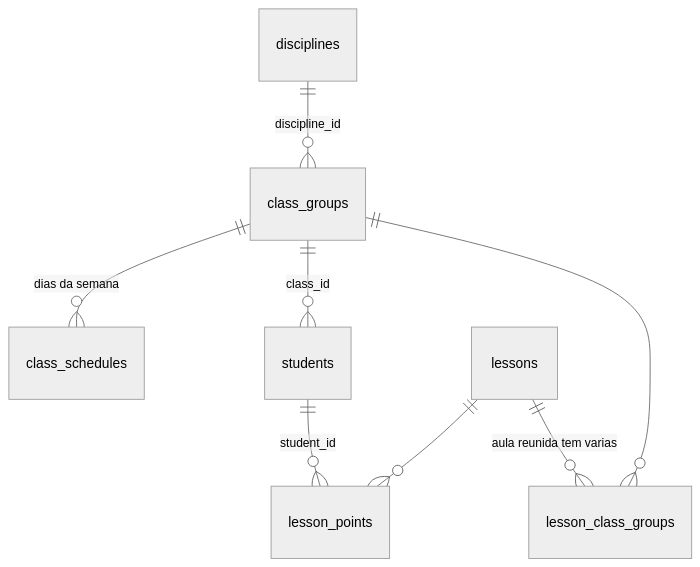
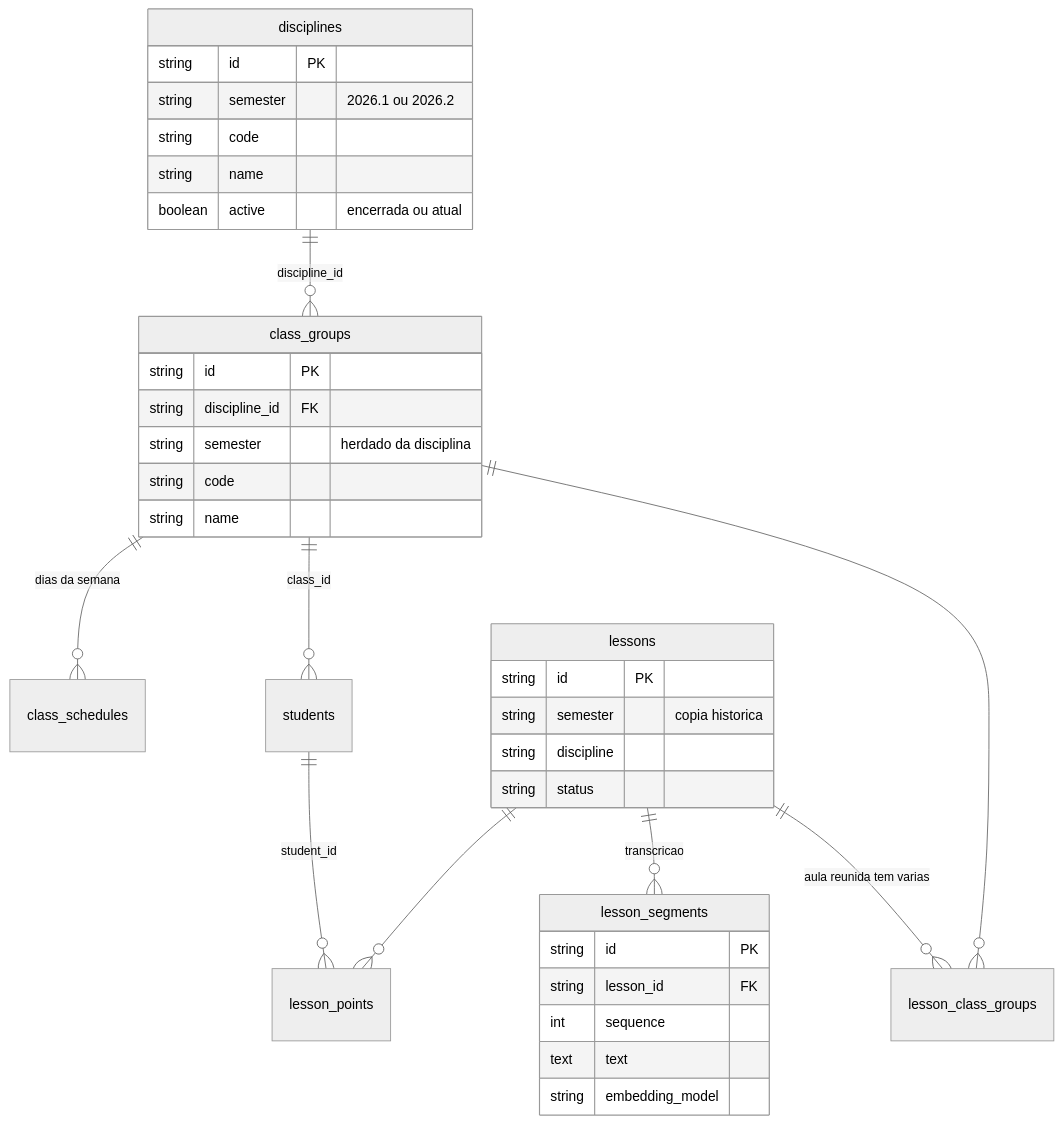
One commit to m4n1nh0/assistant_app changed the fifth of 6 diagrams in README.md. Above: the diagram before and after it, drawn with Mermaid (neutral theme). The commit also changed other lines of this file, not shown here.

Commit message:
docs: atualizar funcionalidades e diagramas

````diff
--- a/README.md
+++ b/README.md
@@ -340,10 +358,39 @@
 ```mermaid
 erDiagram
     disciplines ||--o{ class_groups : "discipline_id"
     class_groups ||--o{ class_schedules : "dias da semana"
     class_groups ||--o{ students : "class_id"
     class_groups ||--o{ lesson_class_groups : ""
     lessons ||--o{ lesson_class_groups : "aula reunida tem varias"
+    lessons ||--o{ lesson_segments : "transcricao"
     lessons ||--o{ lesson_points : ""
     students ||--o{ lesson_points : "student_id"
+
+    disciplines {
+        string id PK
+        string semester "2026.1 ou 2026.2"
+        string code
+        string name
+        boolean active "encerrada ou atual"
+    }
+    class_groups {
+        string id PK
+        string discipline_id FK
+        string semester "herdado da disciplina"
+        string code
+        string name
+    }
+    lessons {
+        string id PK
+        string semester "copia historica"
+        string discipline
+        string status
+    }
+    lesson_segments {
+        string id PK
+        string lesson_id FK
+        int sequence
+        text text
+        string embedding_model
+    }
 ```
````
